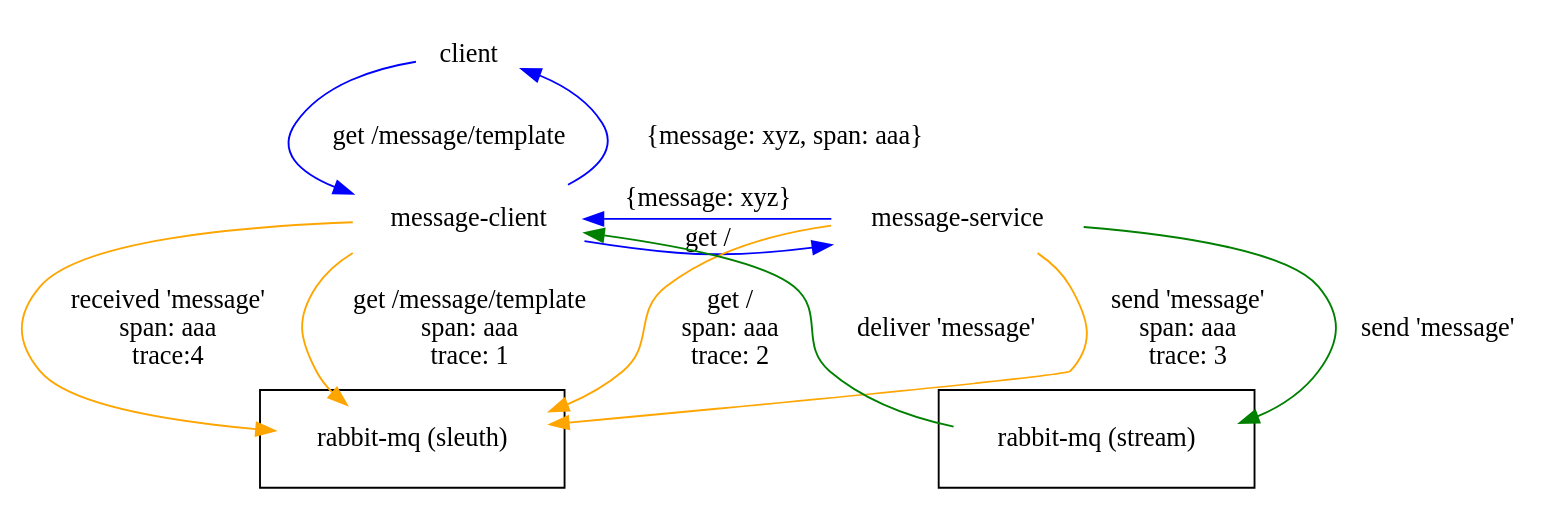
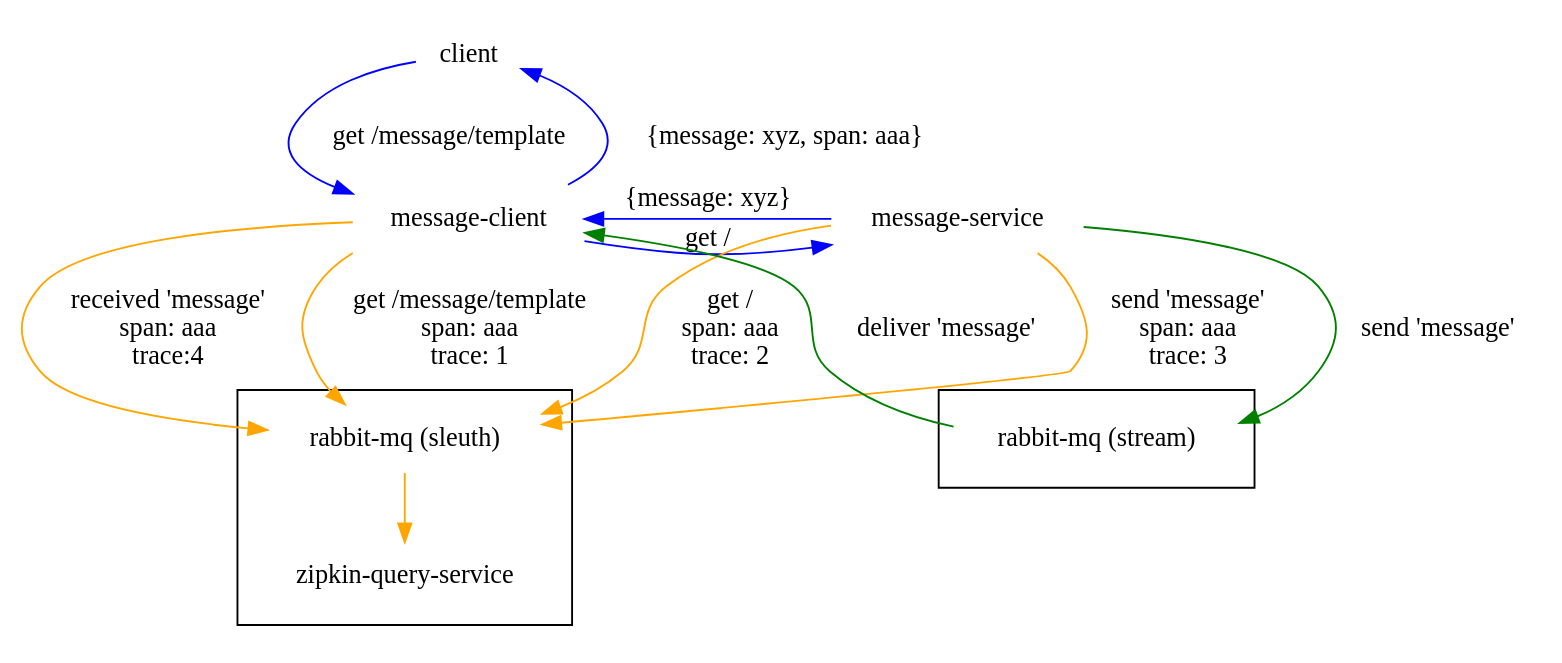
Before and after one commit to ukabu/sleuth: the diagram in message-client-trace.dot, drawn with Graphviz. The commit also changed 1 other file, not shown here.

Commit message:
ajout de zipkin-query-service dans le graphique

```diff
--- a/message-client-trace.dot
+++ b/message-client-trace.dot
@@ -1,26 +1,28 @@
 digraph G {
   node [shape=plaintext];
 
   edge [color=blue];
   "client" -> "message-client" [label="get /message/template"];
   "message-client" -> "client" [label="{message: xyz, span: aaa}"];
   "message-client" -> "message-service" [label="get /"];
   "message-service" -> "message-client" [label="{message: xyz}"];
 
   {rank=same; "message-client" "message-service"}
 
   subgraph clusterStream {
     edge [color=green];
     "rabbit-mq (stream)";
     "message-service" -> "rabbit-mq (stream)" [label="send 'message'"];
     "rabbit-mq (stream)" -> "message-client" [label="deliver 'message'"];
   }
 
   subgraph clusterSleuth {
     edge [color=orange]
     "message-client" -> "rabbit-mq (sleuth)" [label="get /message/template\nspan: aaa\ntrace: 1"]
     "message-service" -> "rabbit-mq (sleuth)" [label="get /\nspan: aaa\ntrace: 2"]
     "message-service" -> "rabbit-mq (sleuth)" [label="send 'message'\nspan: aaa\ntrace: 3"]
     "message-client" -> "rabbit-mq (sleuth)" [label="received 'message'\nspan: aaa\ntrace:4"]
+
+    "rabbit-mq (sleuth)" -> "zipkin-query-service"
   }
 }
```
